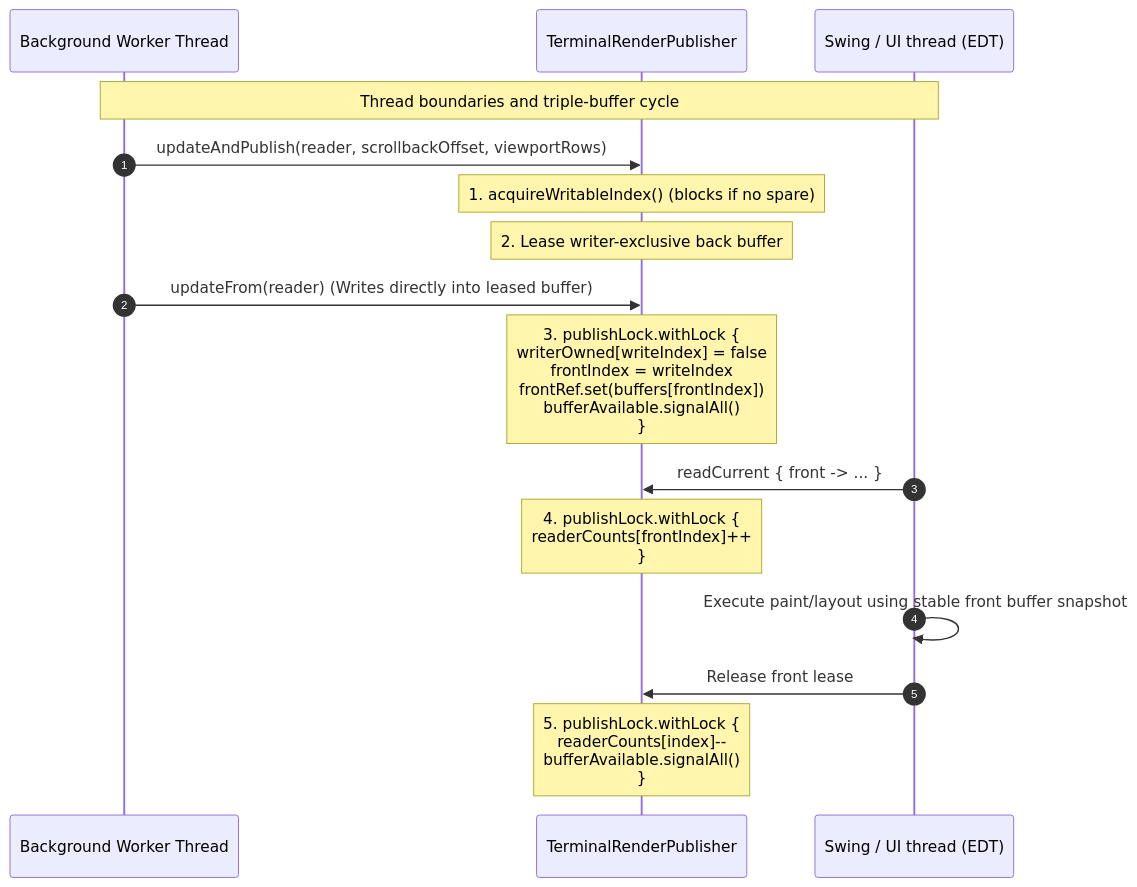
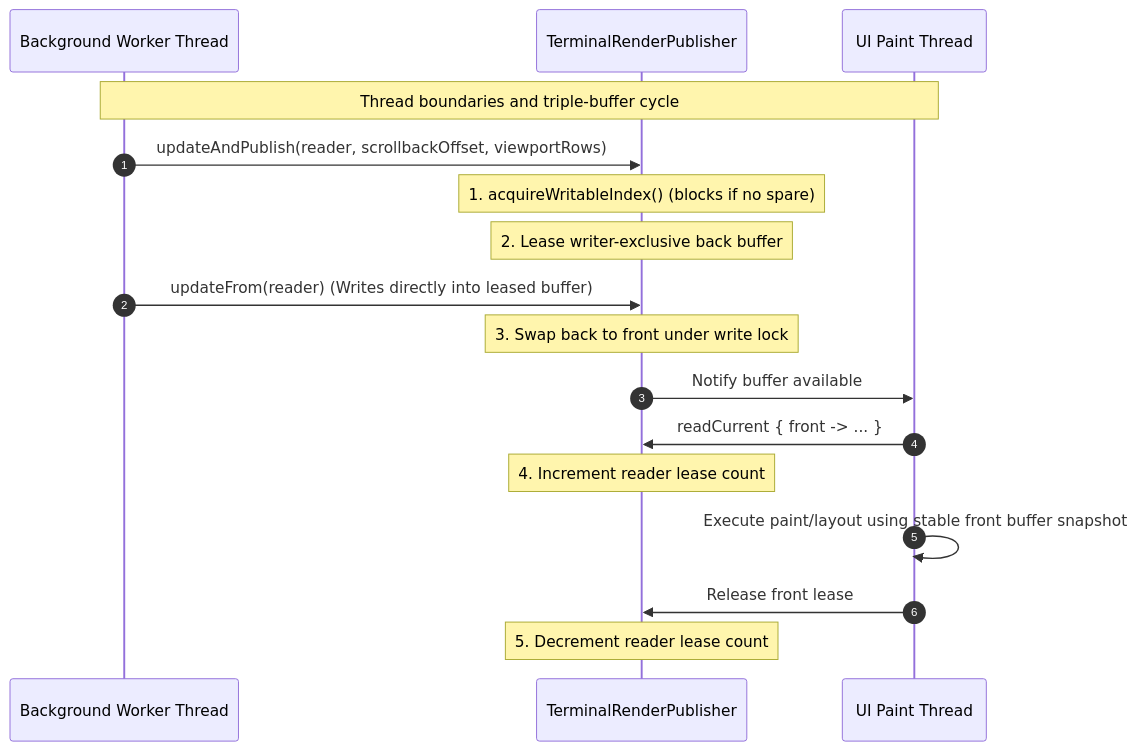
Before and after one commit to ketraterm/KetraTerm: the diagram in jvterm-render-cache/README.md, drawn with Mermaid. The commit also changed other lines of this file and 34 other files, not shown here.

First line of the commit message:
chore: add ARCHITECTURE.md and README.md for detailed documentation and update terminology consistency

````diff
--- a/jvterm-render-cache/README.md
+++ b/jvterm-render-cache/README.md
@@ -56,21 +63,22 @@
 ```mermaid
 sequenceDiagram
     autonumber
     participant Writer as Background Worker Thread
     participant Publisher as TerminalRenderPublisher
-    participant EDT as Swing / UI thread (EDT)
+    participant UI as UI Paint Thread
 
-    Note over Writer, EDT: Thread boundaries and triple-buffer cycle
+    Note over Writer, UI: Thread boundaries and triple-buffer cycle
 
     Writer->>Publisher: updateAndPublish(reader, scrollbackOffset, viewportRows)
     Note over Publisher: 1. acquireWritableIndex() (blocks if no spare)
     Note over Publisher: 2. Lease writer-exclusive back buffer
     Writer->>Publisher: updateFrom(reader) (Writes directly into leased buffer)
-    Note over Publisher: 3. publishLock.withLock { <br/>writerOwned[writeIndex] = false<br/>frontIndex = writeIndex<br/>frontRef.set(buffers[frontIndex])<br/>bufferAvailable.signalAll()<br/>}
+    Note over Publisher: 3. Swap back to front under write lock
+    Publisher->>UI: Notify buffer available
 
-    EDT->>Publisher: readCurrent { front -> ... }
-    Note over Publisher: 4. publishLock.withLock { <br/>readerCounts[frontIndex]++<br/>}
-    EDT->>EDT: Execute paint/layout using stable front buffer snapshot
-    EDT->>Publisher: Release front lease
-    Note over Publisher: 5. publishLock.withLock { <br/>readerCounts[index]--<br/>bufferAvailable.signalAll()<br/>}
+    UI->>Publisher: readCurrent { front -> ... }
+    Note over Publisher: 4. Increment reader lease count
+    UI->>UI: Execute paint/layout using stable front buffer snapshot
+    UI->>Publisher: Release front lease
+    Note over Publisher: 5. Decrement reader lease count
 ```
````
